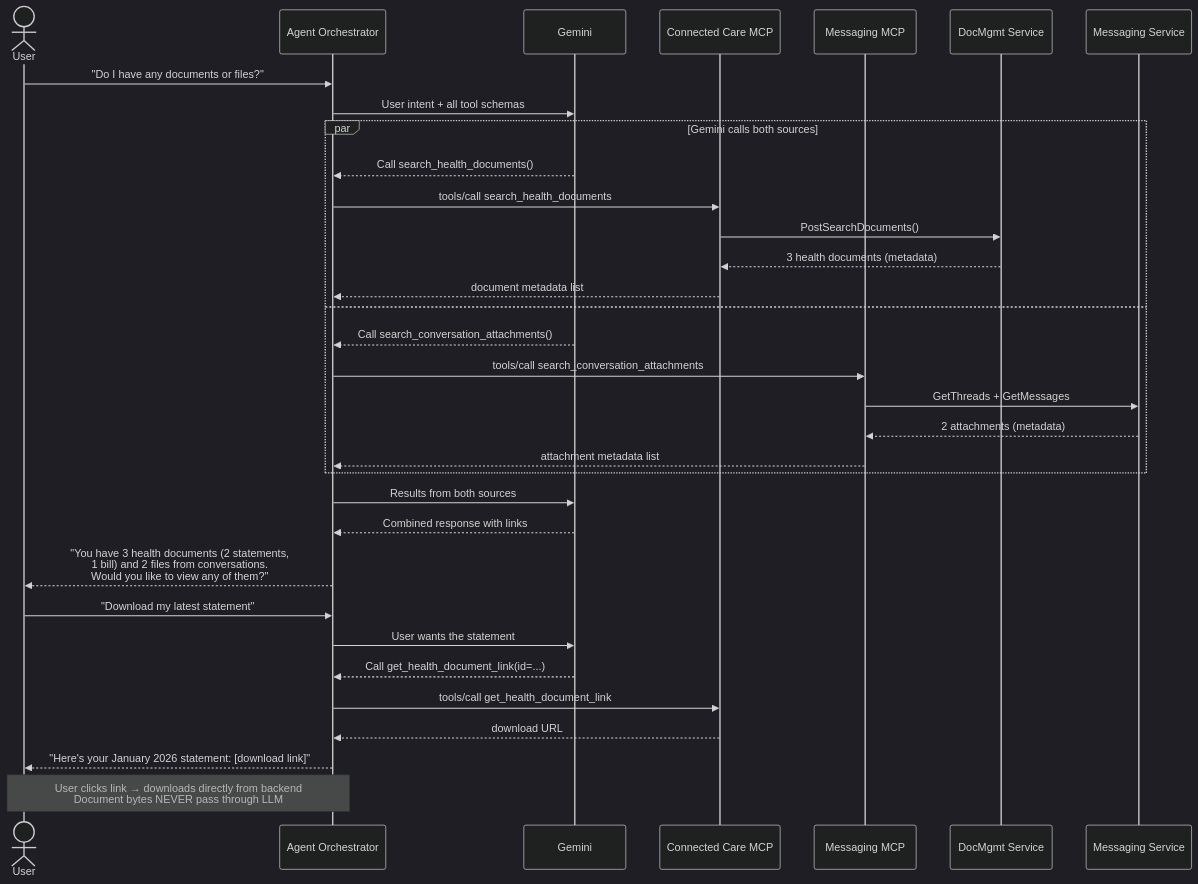
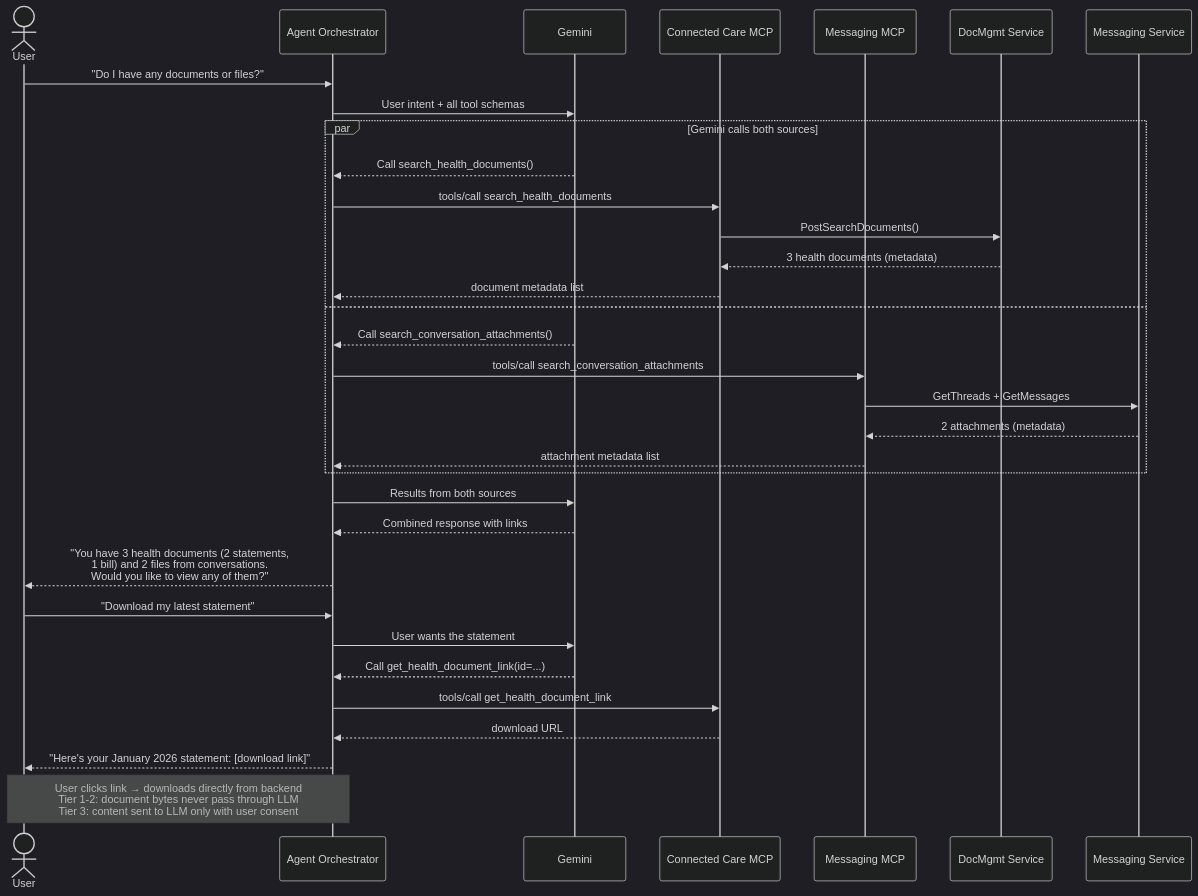
One commit to vinismoraes/hackathon-agent-documents changed the seventh of 16 diagrams in PLAN.md. Above: the diagram before and after it, drawn with Mermaid (dark theme). The commit also changed other lines of this file, not shown here.

First line of the commit message:
Fix remaining conflicts between privacy-first language and Tier 3 design

````diff
--- a/PLAN.md
+++ b/PLAN.md
@@ -395,43 +396,43 @@
 ```mermaid
 sequenceDiagram
     actor User
     participant AOR as Agent Orchestrator
     participant LLM as Gemini
     participant CC_MCP as Connected Care MCP
     participant MSG_MCP as Messaging MCP
     participant CC_SVC as DocMgmt Service
     participant MSG_SVC as Messaging Service
 
     User->>AOR: "Do I have any documents or files?"
 
     AOR->>LLM: User intent + all tool schemas
 
     par Gemini calls both sources
         LLM-->>AOR: Call search_health_documents()
         AOR->>CC_MCP: tools/call search_health_documents
         CC_MCP->>CC_SVC: PostSearchDocuments()
         CC_SVC-->>CC_MCP: 3 health documents (metadata)
         CC_MCP-->>AOR: document metadata list
 
     and
         LLM-->>AOR: Call search_conversation_attachments()
         AOR->>MSG_MCP: tools/call search_conversation_attachments
         MSG_MCP->>MSG_SVC: GetThreads + GetMessages
         MSG_SVC-->>MSG_MCP: 2 attachments (metadata)
         MSG_MCP-->>AOR: attachment metadata list
     end
 
     AOR->>LLM: Results from both sources
     LLM-->>AOR: Combined response with links
 
     AOR-->>User: "You have 3 health documents (2 statements,<br/>1 bill) and 2 files from conversations.<br/>Would you like to view any of them?"
 
     User->>AOR: "Download my latest statement"
     AOR->>LLM: User wants the statement
     LLM-->>AOR: Call get_health_document_link(id=...)
     AOR->>CC_MCP: tools/call get_health_document_link
     CC_MCP-->>AOR: download URL
     AOR-->>User: "Here's your January 2026 statement: [download link]"
 
-    Note over User,AOR: User clicks link → downloads directly from backend<br/>Document bytes NEVER pass through LLM
+    Note over User,AOR: User clicks link → downloads directly from backend<br/>Tier 1-2: document bytes never pass through LLM<br/>Tier 3: content sent to LLM only with user consent
 ```
````
